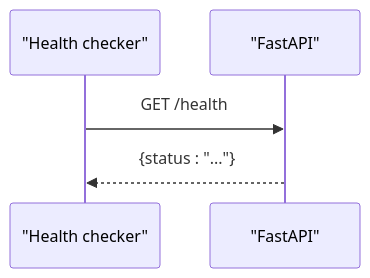
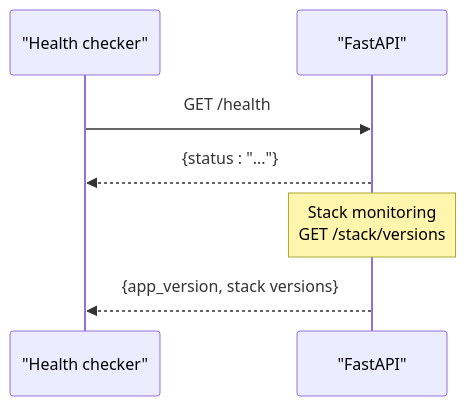
One commit to intellistream/sage-mate changed the seventh of 8 diagrams in .qoder/repowiki/en/content/Deployment and Operations/Monitoring and Logging.md. Above: the diagram before and after it, drawn with Mermaid. The commit also changed other lines of this file and 45 other files, not shown here.

````diff
--- a/.qoder/repowiki/en/content/Deployment and Operations/Monitoring and Logging.md
+++ b/.qoder/repowiki/en/content/Deployment and Operations/Monitoring and Logging.md
@@ -259,7 +331,9 @@
 ```mermaid
 sequenceDiagram
 participant Probe as "Health checker"
 participant API as "FastAPI"
 Probe->>API : GET /health
 API-->>Probe : {status : "..."}
+Note over API : Stack monitoring<br/>GET /stack/versions
+API-->>Probe : {app_version, stack versions}
 ```
````
